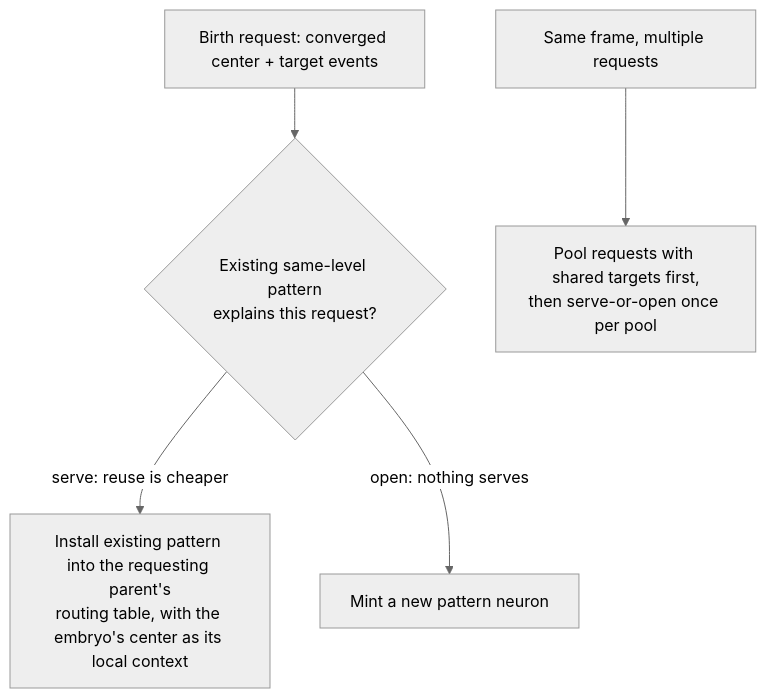
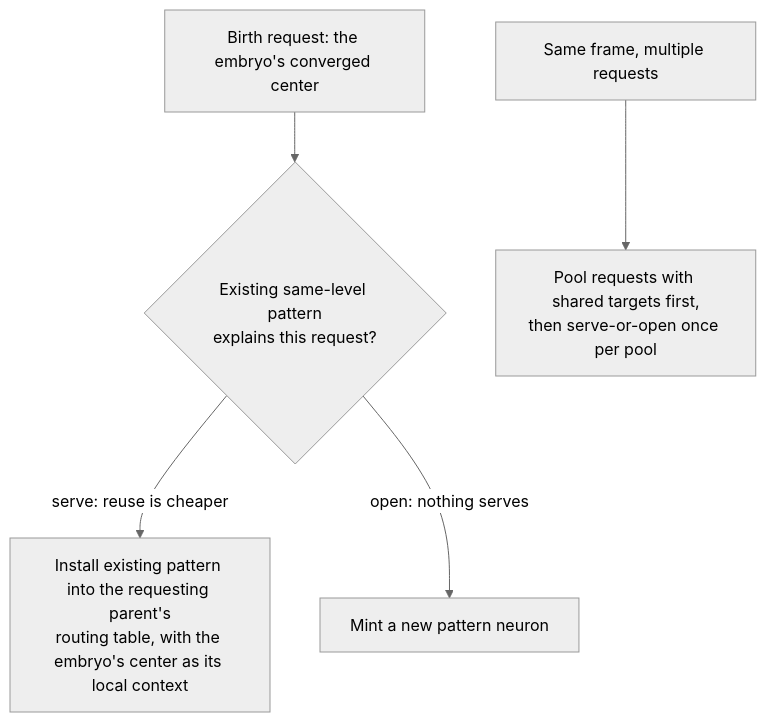
The first of 2 diagrams in docs/algorithm.md (cucar/robot_brain), drawn with Mermaid (neutral theme) before and after one commit. The commit also changed other lines of this file and 4 other files, not shown here.

First line of the commit message:
UCAR: lateral same-level inference on the spatial axis

````diff
--- a/docs/algorithm.md
+++ b/docs/algorithm.md
@@ -421,7 +421,7 @@
 ```mermaid
 flowchart TD
-    A[Birth request: converged center + target events] --> B{Existing same-level pattern<br/>explains this request?}
+    A[Birth request: the embryo's converged center] --> B{Existing same-level pattern<br/>explains this request?}
     B -->|serve: reuse is cheaper| C[Install existing pattern into the requesting parent's<br/>routing table, with the embryo's center as its local context]
     B -->|open: nothing serves| D[Mint a new pattern neuron]
     E[Same frame, multiple requests] --> F[Pool requests with shared targets first,<br/>then serve-or-open once per pool]
 ```
````
